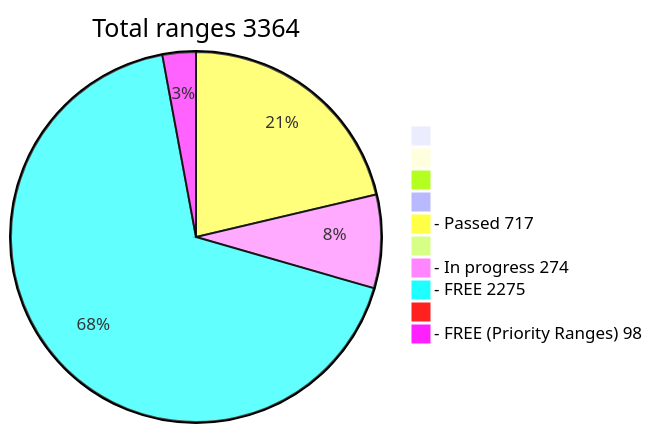
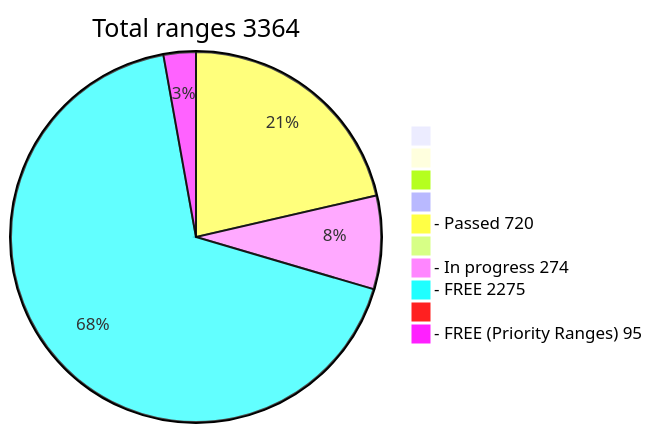
Before and after one commit to phrutis/wif500: the diagram in README.md, drawn with Mermaid.

````diff
--- a/README.md
+++ b/README.md
@@ -16,13 +16,13 @@
 ```mermaid
 pie title Total ranges 3364
              " " : 0
             "  " : 0
            "   " : 0
           "    " : 0
-  "- Passed 717" : 717
+  "- Passed 720" : 720
          "     " : 0
   "- In progress 274" : 274
    "- FREE 2275" : 2275
         "      " : 0
-  "- FREE (Priority Ranges) 98" : 98
+  "- FREE (Priority Ranges) 95" : 95
 ```
````
